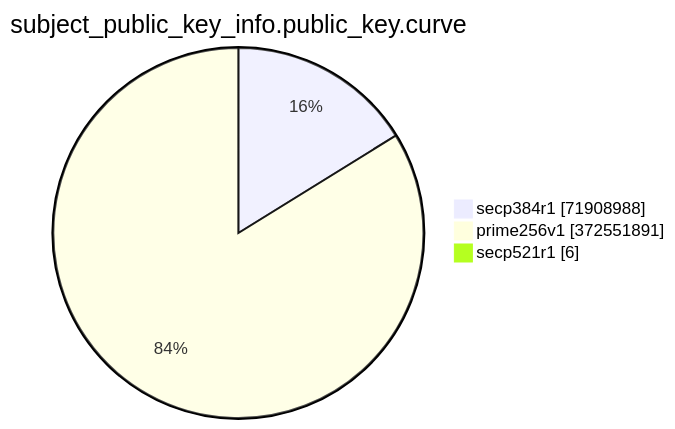
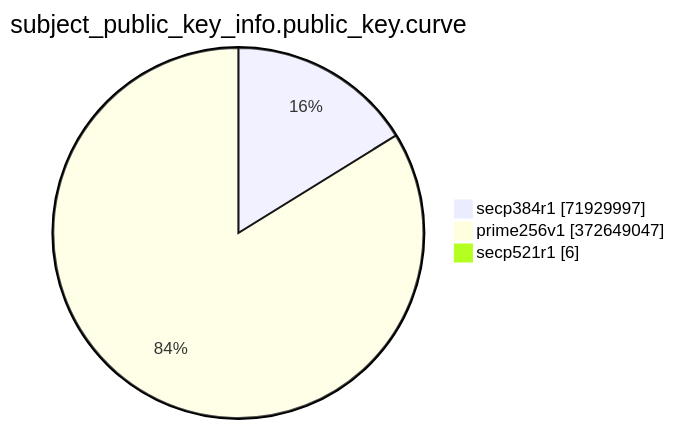
The eighth of 15 diagrams in TOTAL/README.md (christiankrug/ctmonitor_visualization), drawn with Mermaid before and after one commit. The commit also changed other lines of this file, not shown here.

````diff
--- a/TOTAL/README.md
+++ b/TOTAL/README.md
@@ -3094,7 +3094,7 @@
 ```mermaid
 pie showData
 title subject_public_key_info.public_key.curve
-"secp384r1" :71908988
-"prime256v1" :372551891
+"secp384r1" :71929997
+"prime256v1" :372649047
 "secp521r1" :6
 ```
````
